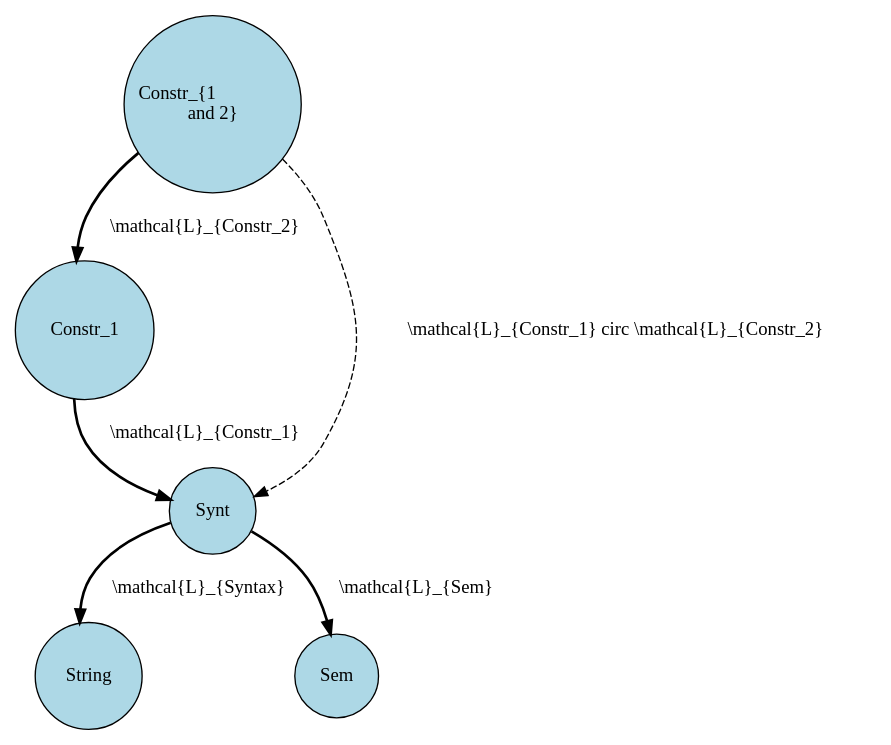
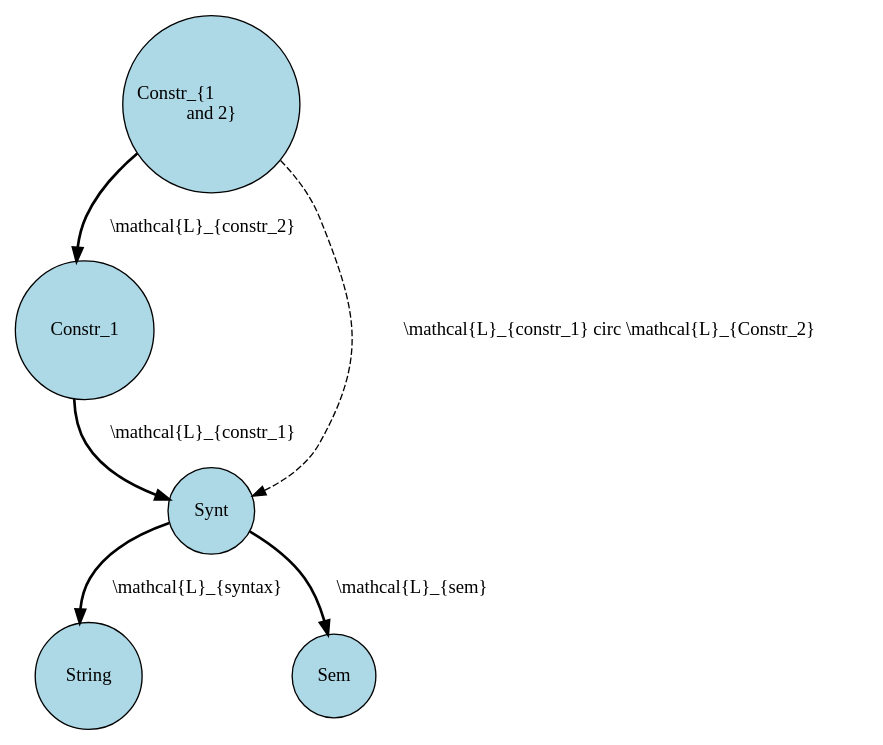
The diagram in diagrams/stacked-constraints.dot (jirkamarsik/master-thesis), drawn with Graphviz before and after one commit. The commit also changed 31 other files, not shown here.

```diff
--- a/diagrams/stacked-constraints.dot
+++ b/diagrams/stacked-constraints.dot
@@ -1,9 +1,9 @@
 strict digraph "stacked-constraints" {
   node [shape="circle",style="filled",fillcolor="lightblue"]
   edge [style="bold"]
-  "Constr_{1 \land 2}" -> "Constr_1" [label="\\mathcal{L}_{Constr_2}"]
-  "Constr_1" -> "Synt" [label="\\mathcal{L}_{Constr_1}"]
-  "Constr_{1 \land 2}" -> "Synt" [label="\\mathcal{L}_{Constr_1} \circ \\mathcal{L}_{Constr_2}",style="dashed"]
-  "Synt" -> "String" [label="\\mathcal{L}_{Syntax}"]
-  "Synt" -> "Sem" [label="\\mathcal{L}_{Sem}"]
+  "Constr_{1 \land 2}" -> "Constr_1" [label="\\mathcal{L}_{constr_2}"]
+  "Constr_1" -> "Synt" [label="\\mathcal{L}_{constr_1}"]
+  "Constr_{1 \land 2}" -> "Synt" [label="\\mathcal{L}_{constr_1} \circ \\mathcal{L}_{Constr_2}",style="dashed"]
+  "Synt" -> "String" [label="\\mathcal{L}_{syntax}"]
+  "Synt" -> "Sem" [label="\\mathcal{L}_{sem}"]
 }
```
